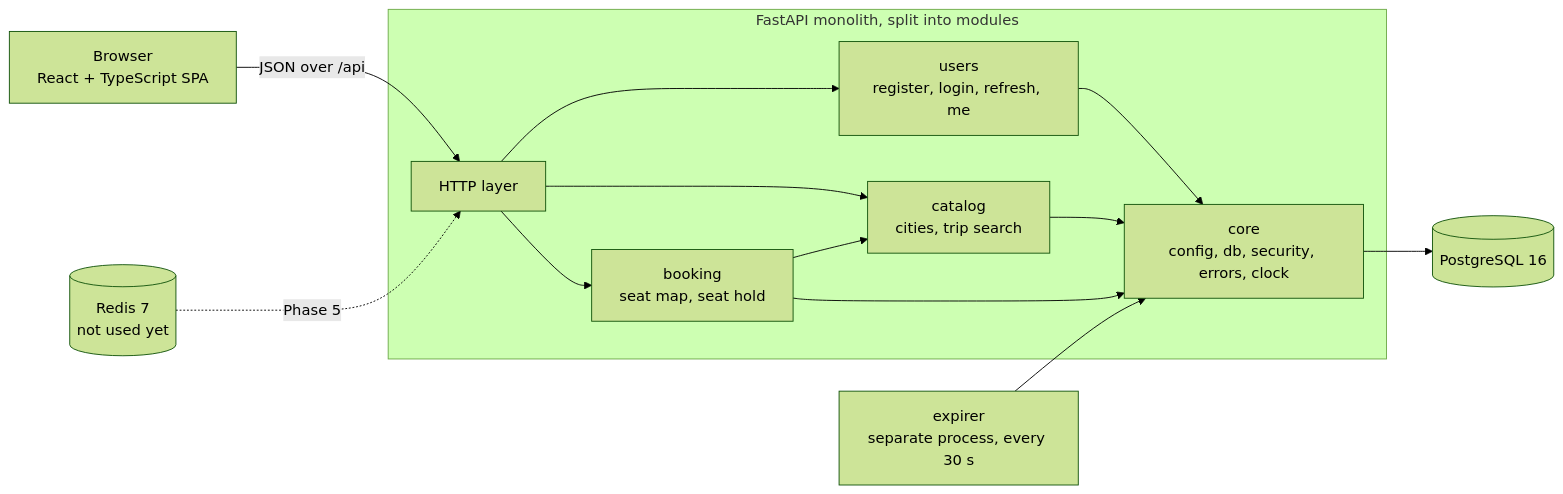
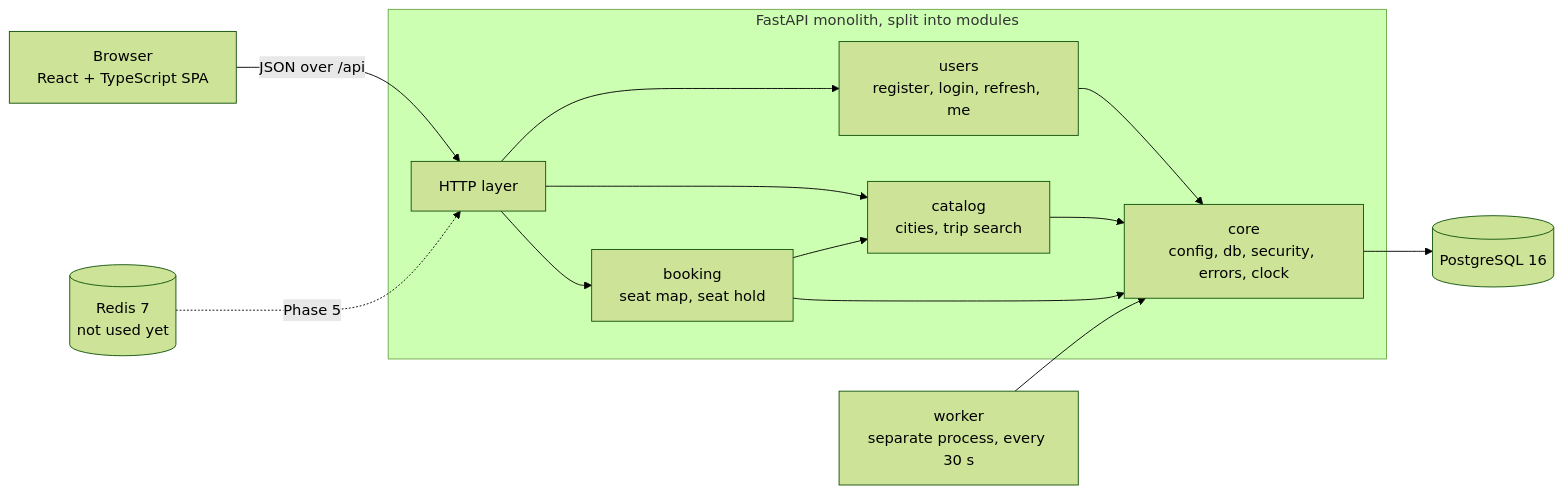
The diagram in README.md (Prabovn7/bus-ticket-api), drawn with Mermaid (forest theme) before and after one commit. The commit also changed other lines of this file and 1 other file, not shown here.

Commit message:
docs: point the readmes to the worker process

````diff
--- a/README.md
+++ b/README.md
@@ -38,18 +38,18 @@
 ```mermaid
 flowchart LR
     B["Browser<br/>React + TypeScript SPA"] -->|"JSON over /api"| A
 
     subgraph M["FastAPI monolith, split into modules"]
         A["HTTP layer"] --> U["users<br/>register, login, refresh, me"]
         A --> C["catalog<br/>cities, trip search"]
         A --> BK["booking<br/>seat map, seat hold"]
         BK --> C
         U --> K["core<br/>config, db, security, errors, clock"]
         C --> K
         BK --> K
     end
 
-    X["expirer<br/>separate process, every 30 s"] --> K
+    X["worker<br/>separate process, every 30 s"] --> K
     K --> P[("PostgreSQL 16")]
     R[("Redis 7<br/>not used yet")] -.->|"Phase 5"| A
 ```
````
